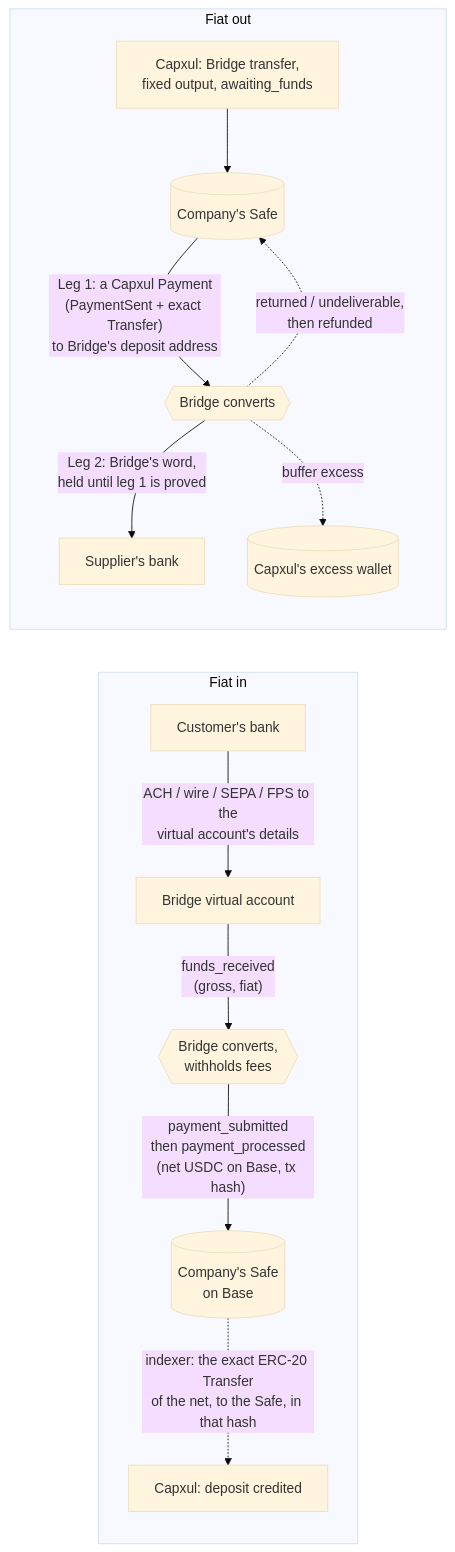
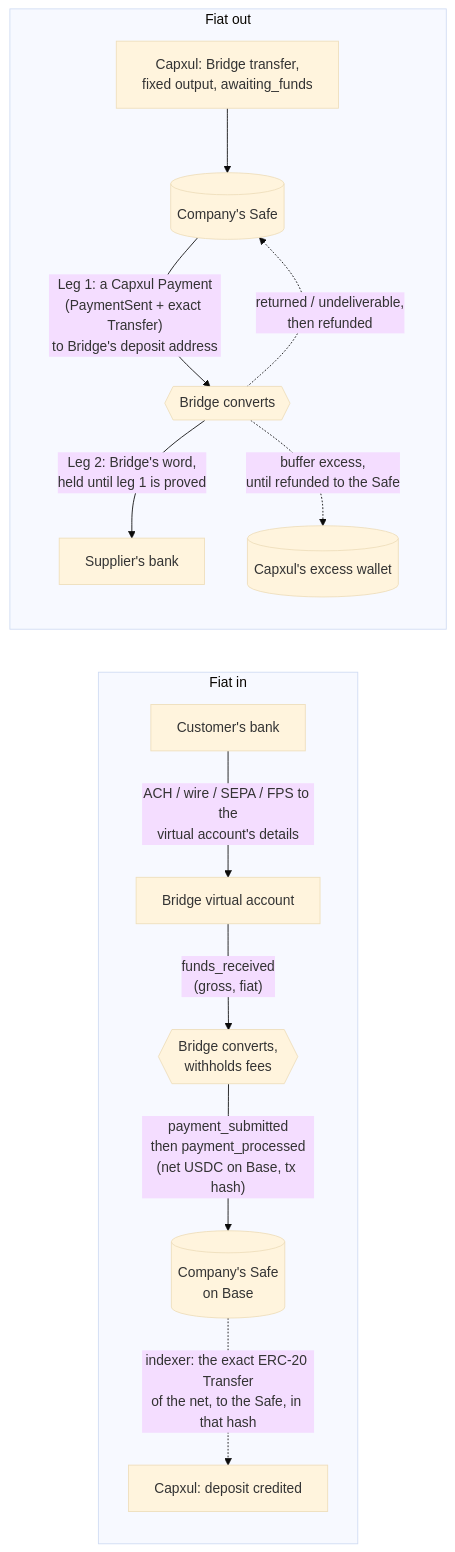
Before and after one commit to Open-Harness/architect: the diagram in design/decisions/CX-bridge-rails.md, drawn with Mermaid (base theme). The commit also changed other lines of this file and 2 other files, not shown here.

````diff
--- a/design/decisions/CX-bridge-rails.md
+++ b/design/decisions/CX-bridge-rails.md
@@ -53,16 +53,16 @@
 ```mermaid
 flowchart LR
   subgraph In[Fiat in]
     C[Customer's bank] -- "ACH / wire / SEPA / FPS to the<br/>virtual account's details" --> VA[Bridge virtual account]
     VA -- "funds_received<br/>(gross, fiat)" --> X1{{Bridge converts,<br/>withholds fees}}
     X1 -- "payment_submitted<br/>then payment_processed<br/>(net USDC on Base, tx hash)" --> S[(Company's Safe<br/>on Base)]
     S -. "indexer: the exact ERC-20 Transfer<br/>of the net, to the Safe, in that hash" .-> L[Capxul: deposit credited]
   end
   subgraph Out[Fiat out]
     Q[Capxul: Bridge transfer,<br/>fixed output, awaiting_funds] --> S2[(Company's Safe)]
     S2 -- "Leg 1: a Capxul Payment<br/>(PaymentSent + exact Transfer)<br/>to Bridge's deposit address" --> T{{Bridge converts}}
     T -- "Leg 2: Bridge's word,<br/>held until leg 1 is proved" --> E[Supplier's bank]
-    T -. "buffer excess" .-> W[(Capxul's excess wallet)]
+    T -. "buffer excess,<br/>until refunded to the Safe" .-> W[(Capxul's excess wallet)]
     T -. "returned / undeliverable,<br/>then refunded" .-> S2
   end
 ```
````
